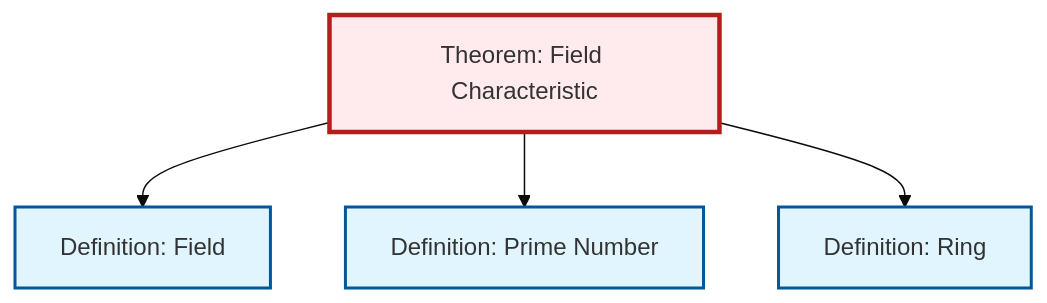
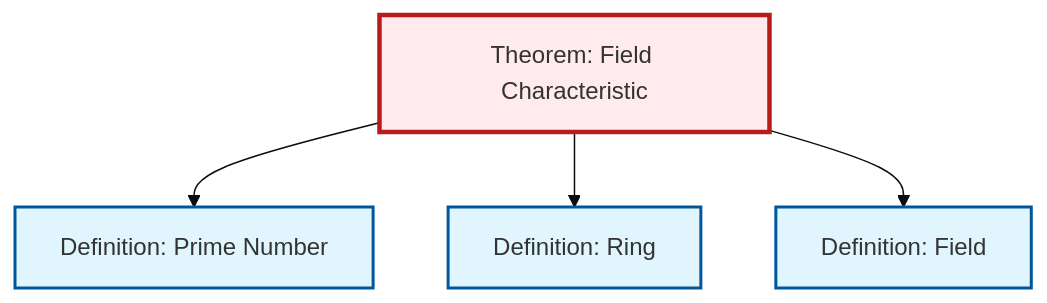
Before and after one commit to RK0429/ModernMath: the diagram in content/ja/algebra/thm-field-characteristic.qmd, drawn with Mermaid (base theme). The commit also changed other lines of this file and 531 other files, not shown here.

````diff
--- a/content/ja/algebra/thm-field-characteristic.qmd
+++ b/content/ja/algebra/thm-field-characteristic.qmd
@@ -54,20 +54,20 @@
 ```{mermaid}
 %%| fig-cap: "Local dependency graph"
 graph TD
     classDef definition fill:#e1f5fe,stroke:#01579b,stroke-width:2px
     classDef theorem fill:#f3e5f5,stroke:#4a148c,stroke-width:2px
     classDef axiom fill:#fff3e0,stroke:#e65100,stroke-width:2px
     classDef example fill:#e8f5e9,stroke:#1b5e20,stroke-width:2px
     classDef current fill:#ffebee,stroke:#b71c1c,stroke-width:3px
+    def-ring["Definition: Ring"]:::definition
+    thm-field-characteristic["Theorem: Field Characteristic"]:::theorem
     def-prime["Definition: Prime Number"]:::definition
     def-field["Definition: Field"]:::definition
-    def-ring["Definition: Ring"]:::definition
-    thm-field-characteristic["Theorem: Field Characteristic"]:::theorem
-    thm-field-characteristic --> def-field
     thm-field-characteristic --> def-prime
     thm-field-characteristic --> def-ring
+    thm-field-characteristic --> def-field
     class thm-field-characteristic current
+    click def-ring "def-ring.html" "Definition: Ringへ"
     click def-prime "def-prime.html" "Definition: Prime Numberへ"
     click def-field "def-field.html" "Definition: Fieldへ"
-    click def-ring "def-ring.html" "Definition: Ringへ"
 ```
````
